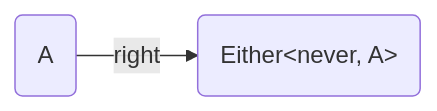
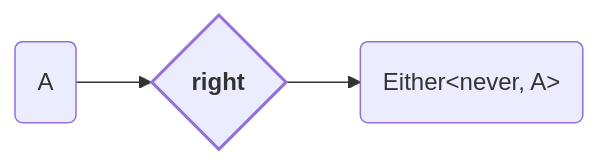
One commit to adamjosefus/fp-ts-examples changed the fourth of 8 diagrams in Either.md. Above: the diagram before and after it, drawn with Mermaid. The commit also changed other lines of this file, not shown here.

Commit message:
Update charts

````diff
--- a/Either.md
+++ b/Either.md
@@ -77,4 +165,11 @@
 ```mermaid
 flowchart LR
-    input("A") --> | right | output("Either<<span>never, A</span>>")
+    style right stroke-width: 2px
+
+    input("A")
+    right{ <b>right<b> }
+    output( Either<<span>never, A</span>> )
+
+    input --> right
+    right --> output
 ```
````
